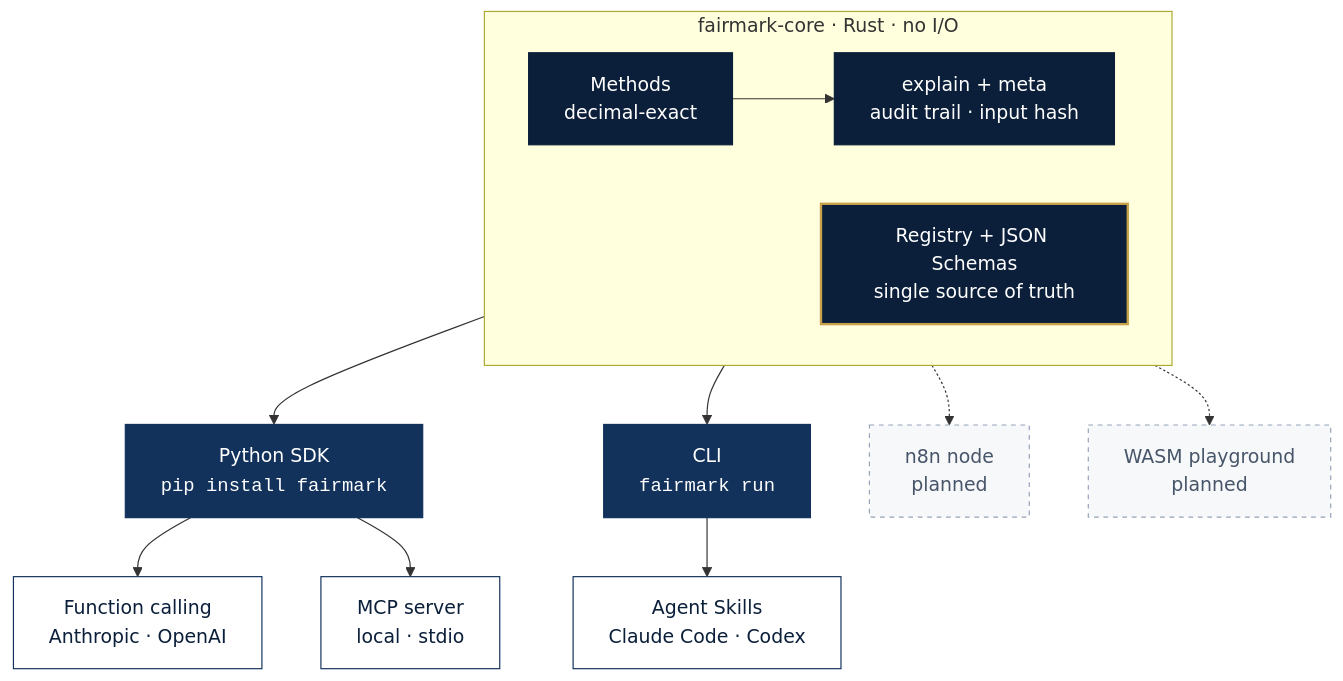
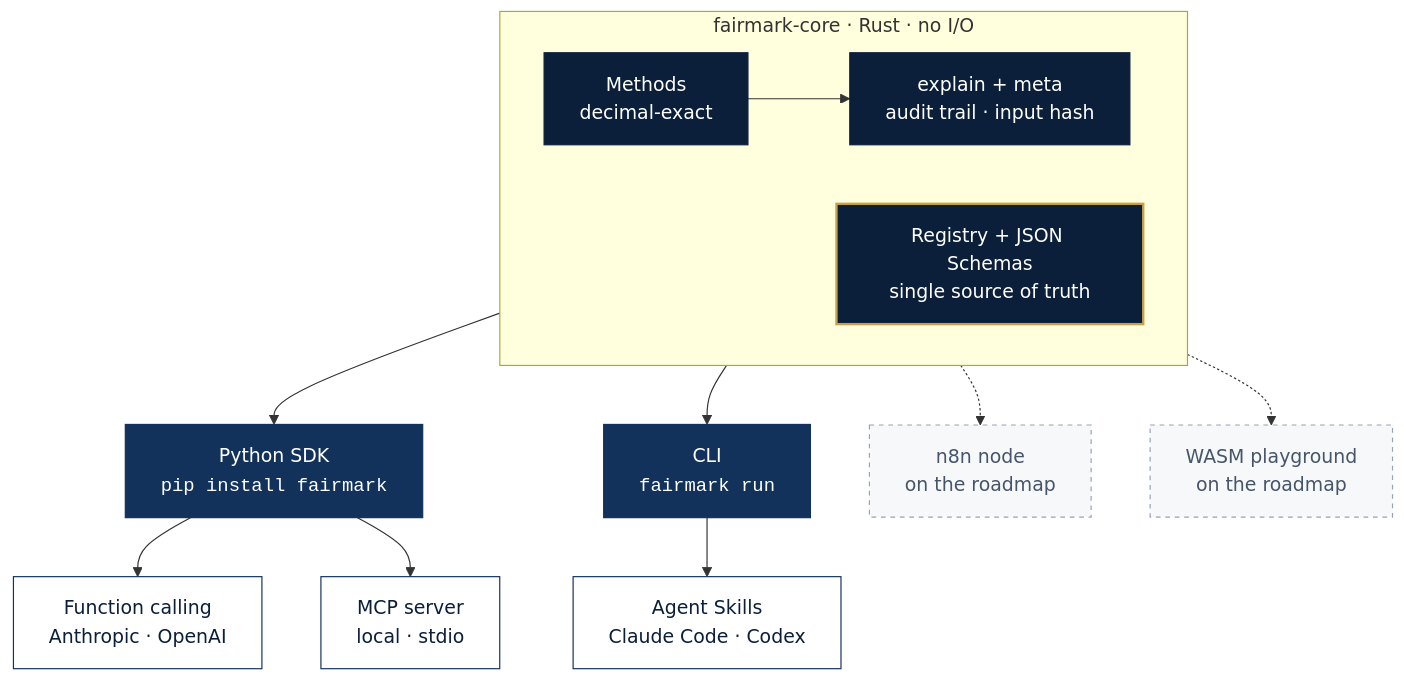
One commit to salvo8519/fairmark changed the second of 2 diagrams in README.md. Above: the diagram before and after it, drawn with Mermaid. The commit also changed other lines of this file and 15 other files, not shown here.

````diff
--- a/README.md
+++ b/README.md
@@ -172,20 +190,20 @@
 ```mermaid
 flowchart TB
     subgraph CORE["fairmark-core · Rust · no I/O"]
         direction LR
         M["Methods<br/>decimal-exact"]:::core --> E["explain + meta<br/>audit trail · input hash"]:::core
         REG["Registry + JSON Schemas<br/>single source of truth"]:::gold
     end
     REG --> PY["Python SDK<br/><code>pip install fairmark</code>"]:::adapter
     REG --> CLI["CLI<br/><code>fairmark run</code>"]:::adapter
     PY --> FC["Function calling<br/>Anthropic · OpenAI"]:::agent
     PY --> MCP["MCP server<br/>local · stdio"]:::agent
     CLI --> SK["Agent Skills<br/>Claude Code · Codex"]:::agent
-    REG -.-> N8N["n8n node<br/>planned"]:::planned
-    REG -.-> WASM["WASM playground<br/>planned"]:::planned
+    REG -.-> N8N["n8n node<br/>on the roadmap"]:::later
+    REG -.-> WASM["WASM playground<br/>on the roadmap"]:::later
     classDef core fill:#0B1F3A,stroke:#0B1F3A,color:#FFFFFF
     classDef gold fill:#0B1F3A,stroke:#C8A24A,stroke-width:2px,color:#FFFFFF
     classDef adapter fill:#12325C,stroke:#12325C,color:#FFFFFF
     classDef agent fill:#FFFFFF,stroke:#12325C,color:#0B1F3A
-    classDef planned fill:#F7F8FA,stroke:#94A3B8,color:#475569,stroke-dasharray:4 4
+    classDef later fill:#F7F8FA,stroke:#94A3B8,color:#475569,stroke-dasharray:4 4
 ```
````
